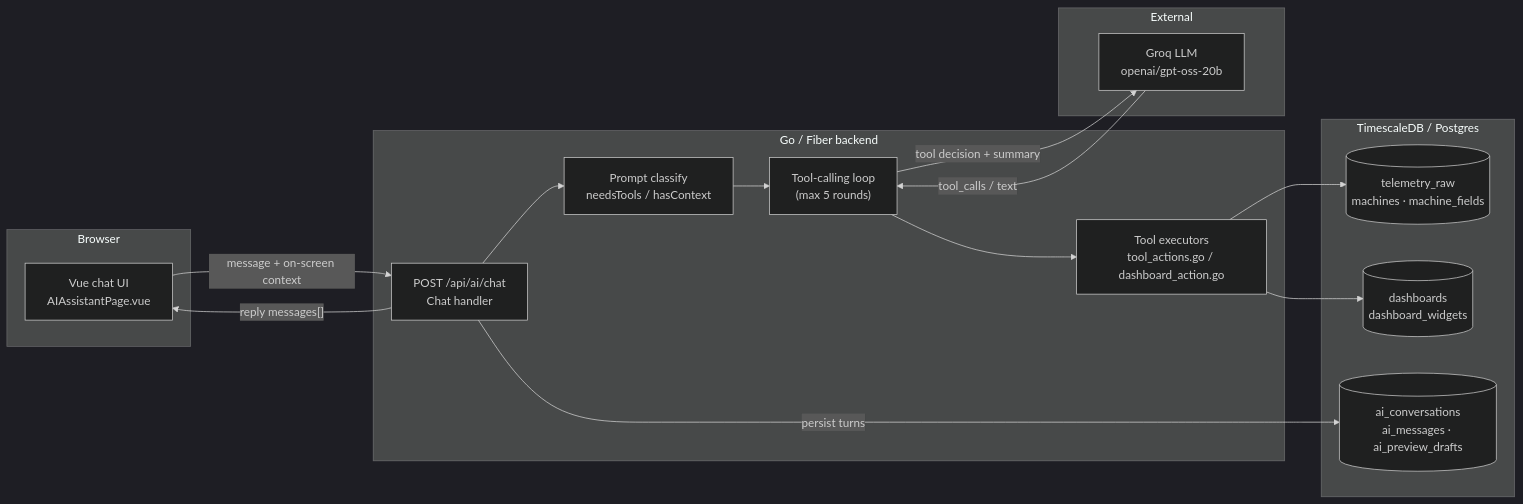
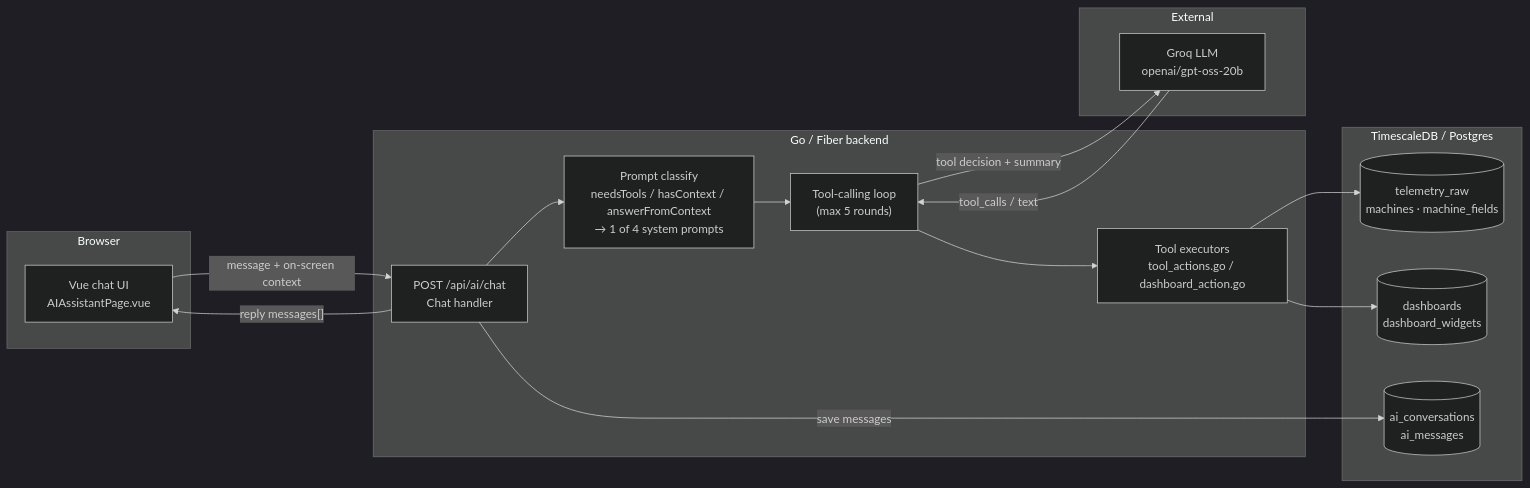
One commit to pepegummo/Project-Dashboard changed the first of 6 diagrams in docs/AI_ARCHITECTURE.md. Above: the diagram before and after it, drawn with Mermaid (dark theme). The commit also changed other lines of this file and 9 other files, not shown here.

````diff
--- a/docs/AI_ARCHITECTURE.md
+++ b/docs/AI_ARCHITECTURE.md
@@ -68,33 +68,33 @@
 ```mermaid
 flowchart LR
     subgraph Browser
         UI["Vue chat UI<br/>AIAssistantPage.vue"]
     end
 
     subgraph Backend["Go / Fiber backend"]
         CHAT["POST /api/ai/chat<br/>Chat handler"]
-        CLASS["Prompt classify<br/>needsTools / hasContext"]
+        CLASS["Prompt classify<br/>needsTools / hasContext / answerFromContext<br/>→ 1 of 4 system prompts"]
         LOOP["Tool-calling loop<br/>(max 5 rounds)"]
         TOOLS["Tool executors<br/>tool_actions.go / dashboard_action.go"]
     end
 
     subgraph External
         GROQ["Groq LLM<br/>openai/gpt-oss-20b"]
     end
 
     subgraph Data["TimescaleDB / Postgres"]
         TEL[("telemetry_raw<br/>machines · machine_fields")]
         DASH[("dashboards<br/>dashboard_widgets")]
-        HIST[("ai_conversations<br/>ai_messages · ai_preview_drafts")]
+        HIST[("ai_conversations<br/>ai_messages")]
     end
 
     UI -- "message + on-screen context" --> CHAT
     CHAT --> CLASS --> LOOP
     LOOP -- "tool decision + summary" --> GROQ
     GROQ -- "tool_calls / text" --> LOOP
     LOOP --> TOOLS
     TOOLS --> TEL
     TOOLS --> DASH
-    CHAT -- "persist turns" --> HIST
+    CHAT -- "save messages" --> HIST
     CHAT -- "reply messages[]" --> UI
 ```
````
